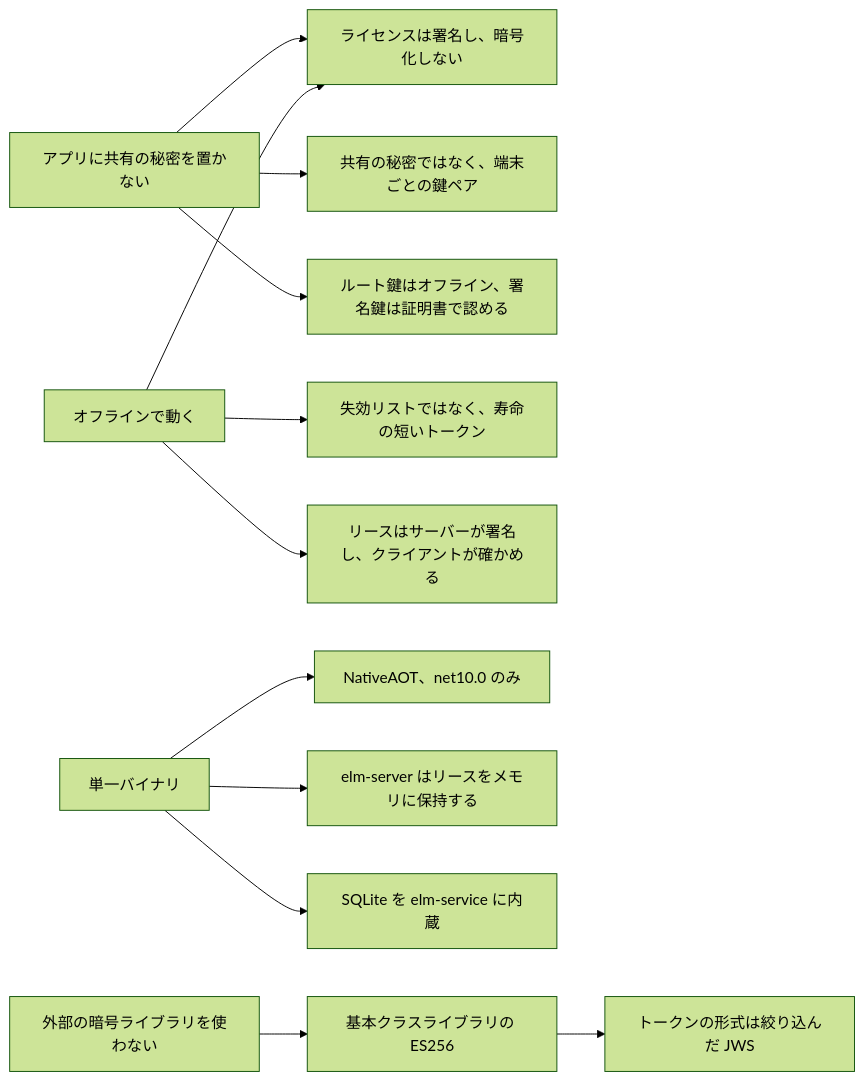
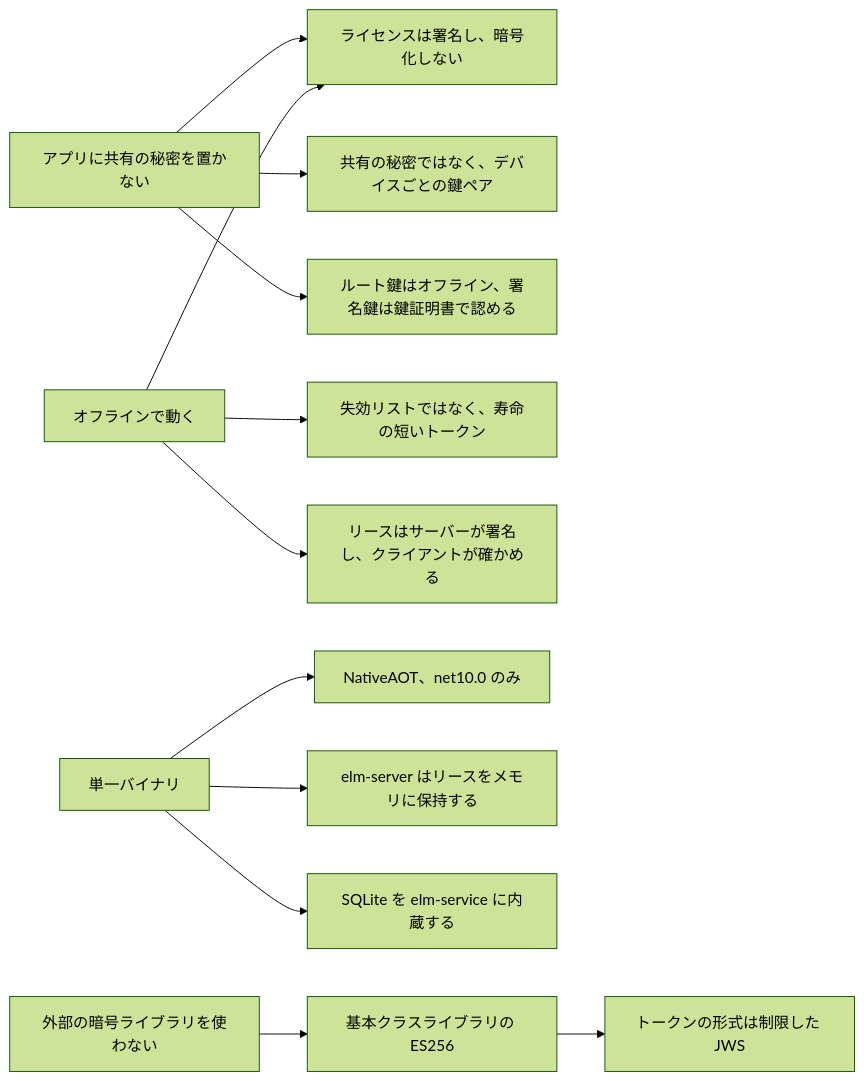
The diagram in docs/guide.ja/explanation/design-choices.md (YUKIKEDA/ElasticLM), drawn with Mermaid (forest theme) before and after one commit. The commit also changed other lines of this file and 17 other files, not shown here.

````diff
--- a/docs/guide.ja/explanation/design-choices.md
+++ b/docs/guide.ja/explanation/design-choices.md
@@ -20,14 +20,14 @@
 ```mermaid
 flowchart LR
     R1["アプリに共有の秘密を置かない"] --> C1["ライセンスは署名し、暗号化しない"]
-    R1 --> C2["共有の秘密ではなく、端末ごとの鍵ペア"]
-    R1 --> C3["ルート鍵はオフライン、署名鍵は証明書で認める"]
+    R1 --> C2["共有の秘密ではなく、デバイスごとの鍵ペア"]
+    R1 --> C3["ルート鍵はオフライン、署名鍵は鍵証明書で認める"]
     R2["オフラインで動く"] --> C1
     R2 --> C4["失効リストではなく、寿命の短いトークン"]
     R2 --> C5["リースはサーバーが署名し、クライアントが確かめる"]
     R3["単一バイナリ"] --> C6["NativeAOT、net10.0 のみ"]
     R3 --> C7["elm-server はリースをメモリに保持する"]
-    R3 --> C8["SQLite を elm-service に内蔵"]
+    R3 --> C8["SQLite を elm-service に内蔵する"]
     R4["外部の暗号ライブラリを使わない"] --> C9["基本クラスライブラリの ES256"]
-    C9 --> C10["トークンの形式は絞り込んだ JWS"]
+    C9 --> C10["トークンの形式は制限した JWS"]
 ```
````
